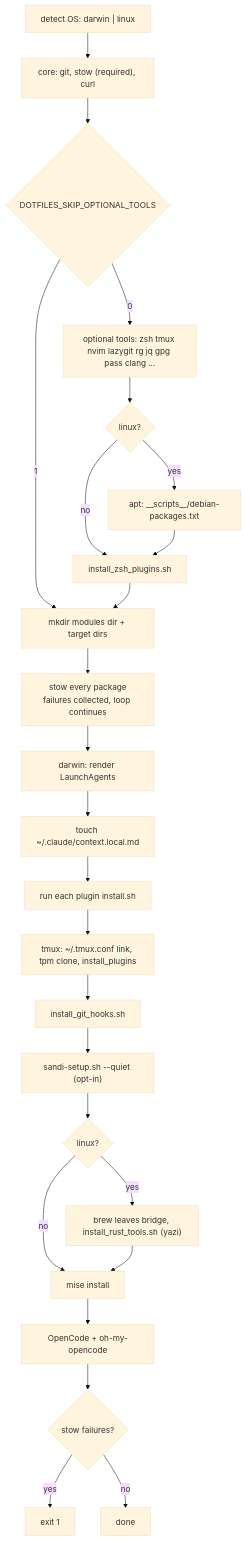
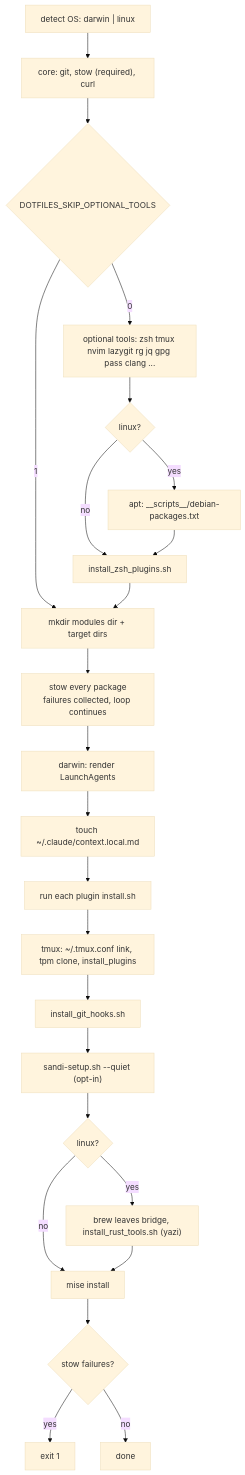
The second of 2 diagrams in docs/architecture.md (arisros/dotfiles), drawn with Mermaid (base theme) before and after one commit. The commit also changed other lines of this file and 47 other files, not shown here.

````diff
--- a/docs/architecture.md
+++ b/docs/architecture.md
@@ -26,27 +26,26 @@
 ```mermaid
 flowchart TD
   A["detect OS: darwin | linux"] --> B["core: git, stow (required), curl"]
   B --> C{"DOTFILES_SKIP_OPTIONAL_TOOLS"}
   C -->|0| D["optional tools: zsh tmux nvim lazygit rg jq gpg pass clang ..."]
   D --> E{"linux?"}
   E -->|yes| F["apt: __scripts__/debian-packages.txt"]
   E -->|no| G
   F --> G["install_zsh_plugins.sh"]
   C -->|1| H
   G --> H["mkdir modules dir + target dirs"]
   H --> I["stow every package<br/>failures collected, loop continues"]
   I --> J["darwin: render LaunchAgents"]
   J --> K["touch ~/.claude/context.local.md"]
   K --> L["run each plugin install.sh"]
   L --> M["tmux: ~/.tmux.conf link, tpm clone, install_plugins"]
   M --> N["install_git_hooks.sh"]
   N --> O["sandi-setup.sh --quiet (opt-in)"]
   O --> P{"linux?"}
   P -->|yes| Q["brew leaves bridge, install_rust_tools.sh (yazi)"]
   P -->|no| R
   Q --> R["mise install"]
-  R --> S["OpenCode + oh-my-opencode"]
-  S --> T{"stow failures?"}
+  R --> T{"stow failures?"}
   T -->|yes| X["exit 1"]
   T -->|no| Y["done"]
 ```
````
